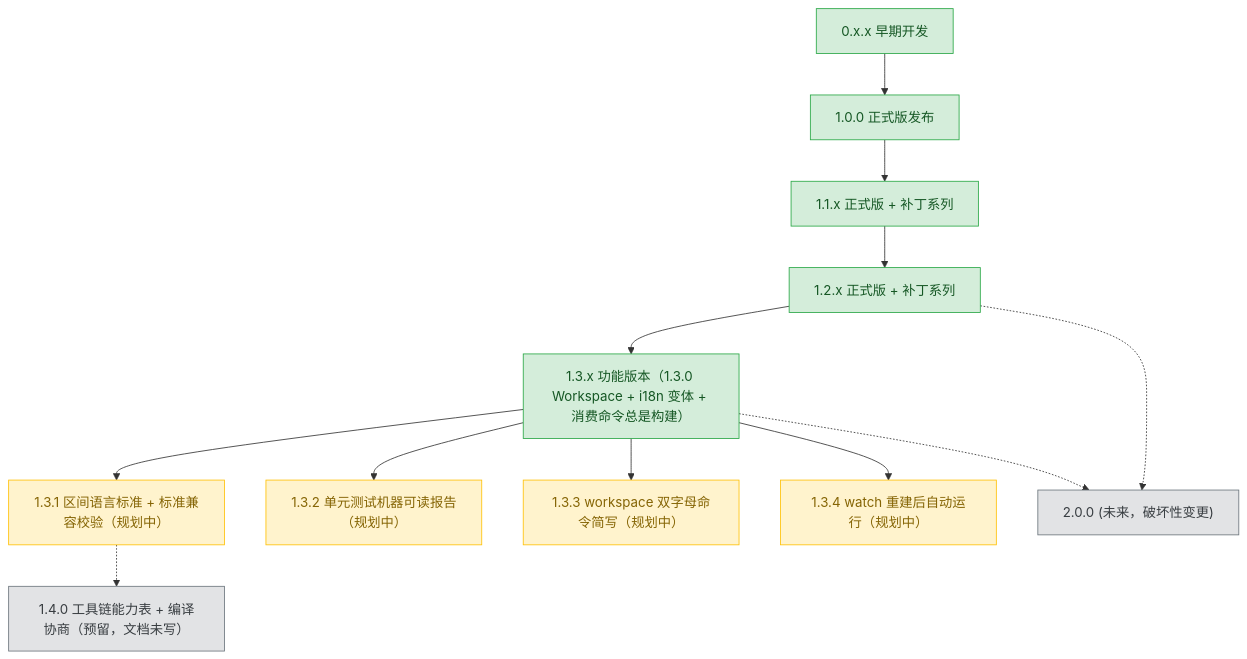
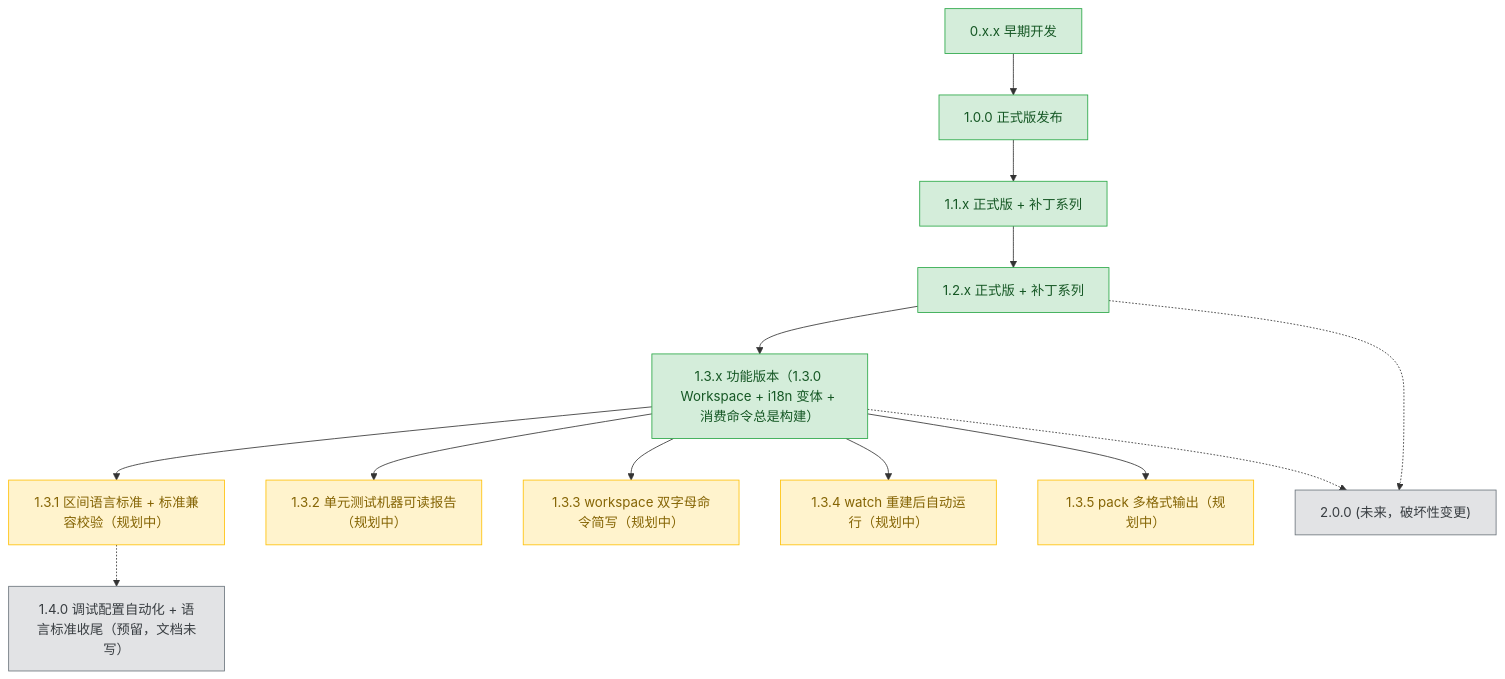
One commit to 3667808244/EazyMake changed the diagram in plans/README.md. Above: the diagram before and after it, drawn with Mermaid. The commit also changed other lines of this file and 2 other files, not shown here.

First line of the commit message:
docs(plan): 1.3.5 pack 多格式输出计划 + 1.4.0 范围更新

````diff
--- a/plans/README.md
+++ b/plans/README.md
@@ -65,41 +66,44 @@
 ```mermaid
 graph TD
     v0xx["0.x.x 早期开发"]
     v100["1.0.0 正式版发布"]
     v11x["1.1.x 正式版 + 补丁系列"]
     v12x["1.2.x 正式版 + 补丁系列"]
     v13x["1.3.x 功能版本（1.3.0 Workspace + i18n 变体 + 消费命令总是构建）"]
     v131["1.3.1 区间语言标准 + 标准兼容校验（规划中）"]
     v132["1.3.2 单元测试机器可读报告（规划中）"]
     v133["1.3.3 workspace 双字母命令简写（规划中）"]
     v134["1.3.4 watch 重建后自动运行（规划中）"]
-    v140["1.4.0 工具链能力表 + 编译协商（预留，文档未写）"]
+    v135["1.3.5 pack 多格式输出（规划中）"]
+    v140["1.4.0 调试配置自动化 + 语言标准收尾（预留，文档未写）"]
     v200["2.0.0 (未来，破坏性变更)"]
 
     v0xx --> v100
     v100 --> v11x
     v11x --> v12x
     v12x --> v13x
     v13x --> v131
     v13x --> v132
     v13x --> v133
     v13x --> v134
+    v13x --> v135
     v131 -.-> v140
     v12x -.-> v200
     v13x -.-> v200
 
     classDef done fill:#d4edda,stroke:#28a745,color:#155724;
     classDef active fill:#fff3cd,stroke:#ffc107,color:#856404;
     classDef todo fill:#e2e3e5,stroke:#6c757d,color:#383d41;
 
     class v0xx,v100 done;
     class v11x done;
     class v12x done;
     class v13x done;
     class v131 active;
     class v132 active;
     class v133 active;
     class v134 active;
+    class v135 active;
     class v140 todo;
     class v200 todo;
 ```
````
